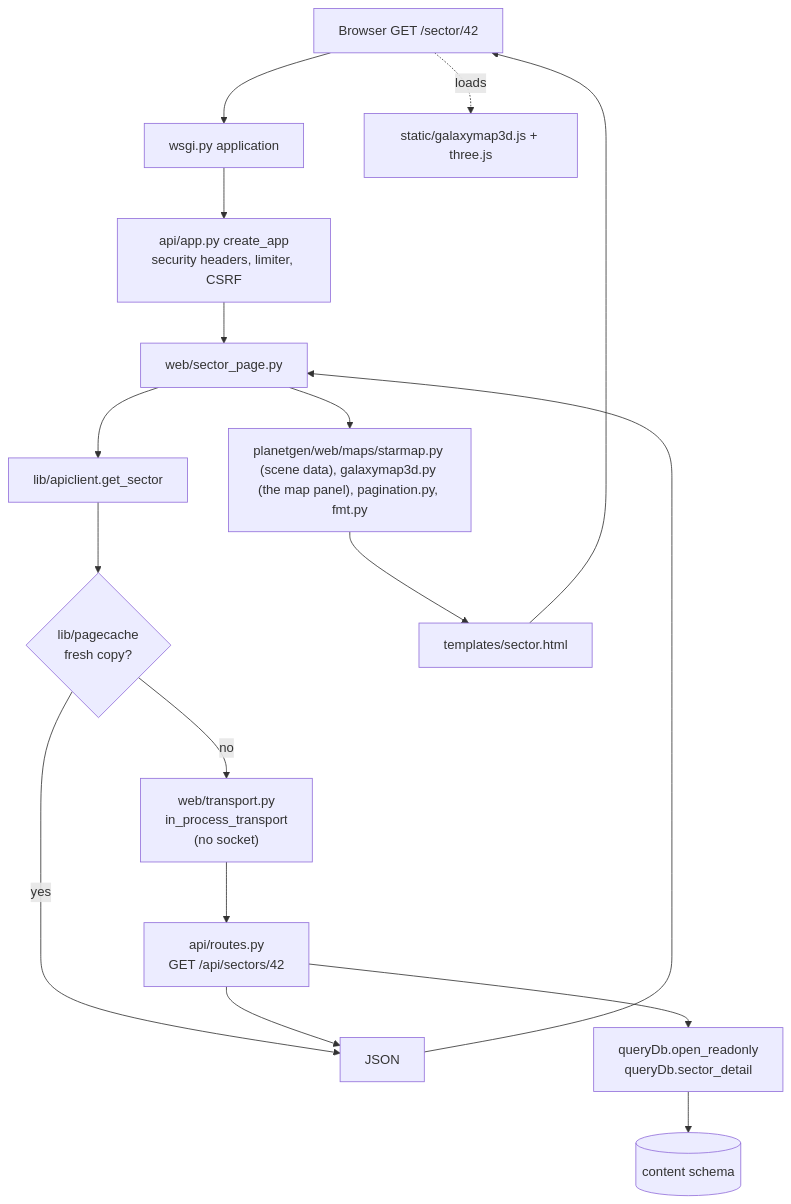
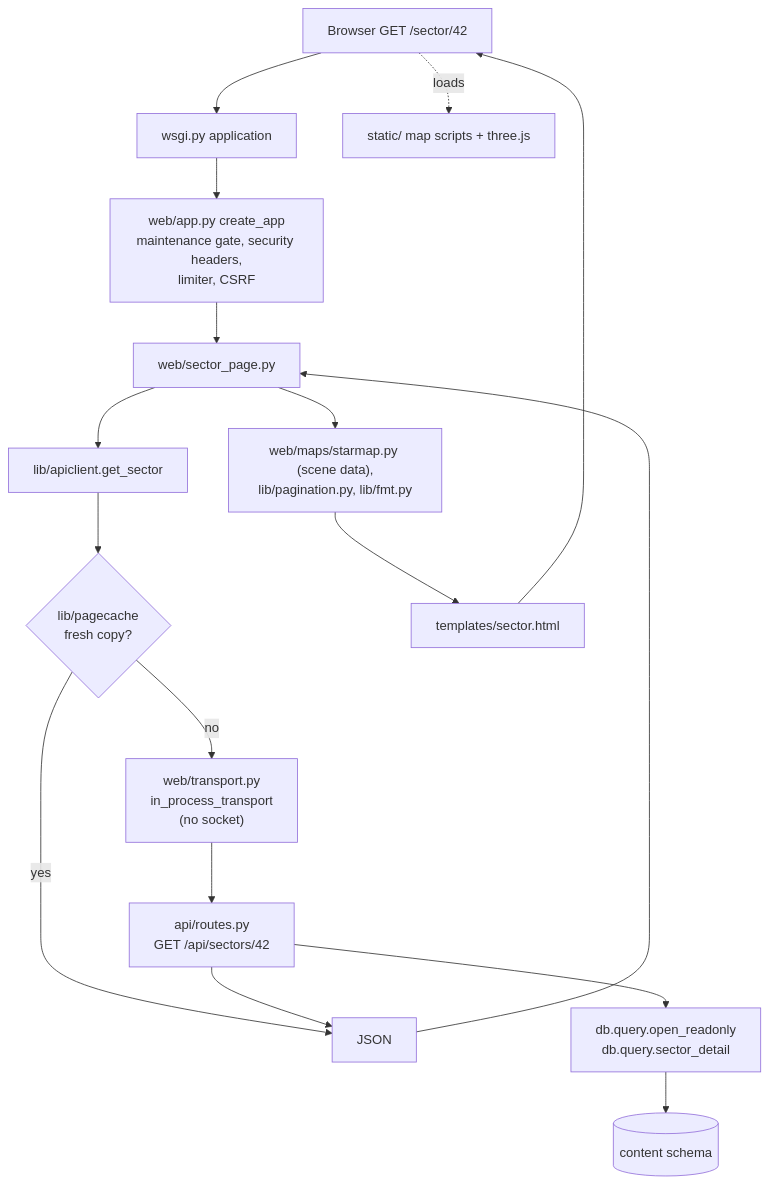
The fifth of 8 diagrams in docs/design/architecture.md (dwhagar/planetGen), drawn with Mermaid before and after one commit. The commit also changed other lines of this file and 1 other file, not shown here.

First line of the commit message:
Rewrite the architecture document's code map and flows for the current code (DOC.27, DOC.28)

````diff
--- a/docs/design/architecture.md
+++ b/docs/design/architecture.md
@@ -588,19 +843,19 @@
 ```mermaid
 flowchart TD
     B["Browser GET /sector/42"] --> W["wsgi.py application"]
-    W --> App["api/app.py create_app<br/>security headers, limiter, CSRF"]
+    W --> App["web/app.py create_app<br/>maintenance gate, security headers,<br/>limiter, CSRF"]
     App --> View["web/sector_page.py"]
     View --> AC["lib/apiclient.get_sector"]
     AC --> PC{"lib/pagecache<br/>fresh copy?"}
     PC -->|"yes"| JSON
     PC -->|"no"| T["web/transport.py<br/>in_process_transport<br/>(no socket)"]
     T --> R["api/routes.py<br/>GET /api/sectors/42"]
-    R --> Q["queryDb.open_readonly<br/>queryDb.sector_detail"]
+    R --> Q["db.query.open_readonly<br/>db.query.sector_detail"]
     Q --> DB[("content schema")]
     R --> JSON["JSON"]
     JSON --> View
-    View --> Lib["planetgen/web/maps/starmap.py (scene data), galaxymap3d.py (the map panel), pagination.py, fmt.py"]
+    View --> Lib["web/maps/starmap.py (scene data),<br/>lib/pagination.py, lib/fmt.py"]
     Lib --> Tpl["templates/sector.html"]
     Tpl --> B
-    B -. "loads" .-> JS["static/galaxymap3d.js + three.js"]
+    B -. "loads" .-> JS["static/ map scripts + three.js"]
 ```
````
